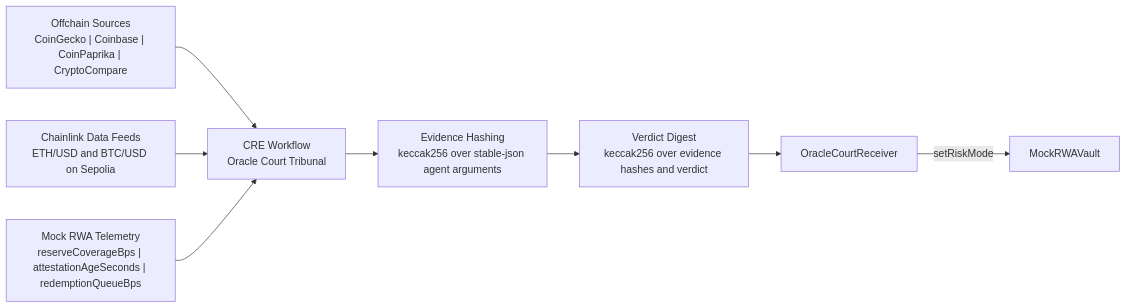
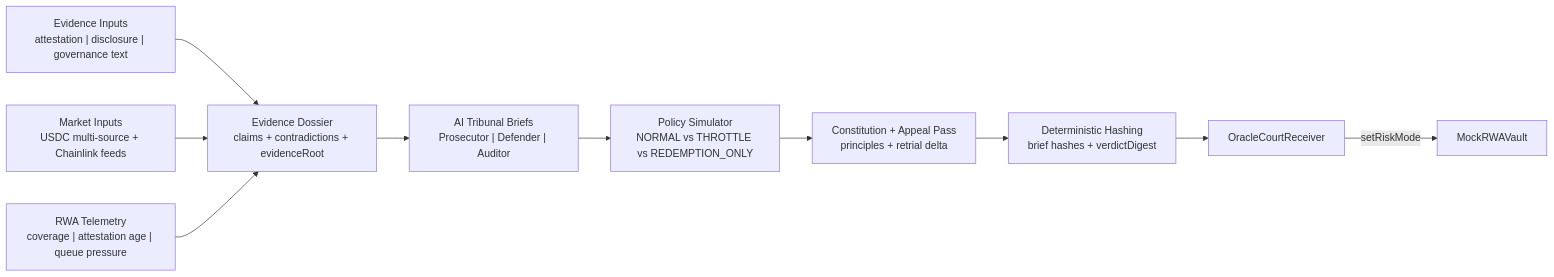
The diagram in README.md (crabbymccrabcakes/chainlink-cre-hackathon), drawn with Mermaid before and after one commit. The commit also changed other lines of this file and 19 other files, not shown here.

Commit message:
Upgrade Oracle Court to constitutional AI governor flow

````diff
--- a/README.md
+++ b/README.md
@@ -20,19 +24,23 @@
 ```mermaid
 flowchart LR
-    A["Offchain Sources<br/>CoinGecko | Coinbase | CoinPaprika | CryptoCompare"]
-    B["Chainlink Data Feeds<br/>ETH/USD and BTC/USD on Sepolia"]
-    H["Mock RWA Telemetry<br/>reserveCoverageBps | attestationAgeSeconds | redemptionQueueBps"]
-    C["CRE Workflow<br/>Oracle Court Tribunal"]
-    D["Evidence Hashing<br/>keccak256 over stable-json agent arguments"]
-    E["Verdict Digest<br/>keccak256 over evidence hashes and verdict"]
-    F["OracleCourtReceiver"]
-    G["MockRWAVault"]
+    A["Evidence Inputs<br/>attestation | disclosure | governance text"]
+    B["Market Inputs<br/>USDC multi-source + Chainlink feeds"]
+    C["RWA Telemetry<br/>coverage | attestation age | queue pressure"]
+    D["Evidence Dossier<br/>claims + contradictions + evidenceRoot"]
+    E["AI Tribunal Briefs<br/>Prosecutor | Defender | Auditor"]
+    F["Policy Simulator<br/>NORMAL vs THROTTLE vs REDEMPTION_ONLY"]
+    G["Constitution + Appeal Pass<br/>principles + retrial delta"]
+    H["Deterministic Hashing<br/>brief hashes + verdictDigest"]
+    I["OracleCourtReceiver"]
+    J["MockRWAVault"]
 
-    A --> C
-    B --> C
-    H --> C
+    A --> D
+    B --> D
     C --> D
     D --> E
     E --> F
-    F -->|setRiskMode| G
+    F --> G
+    G --> H
+    H --> I
+    I -->|setRiskMode| J
 ```
````
